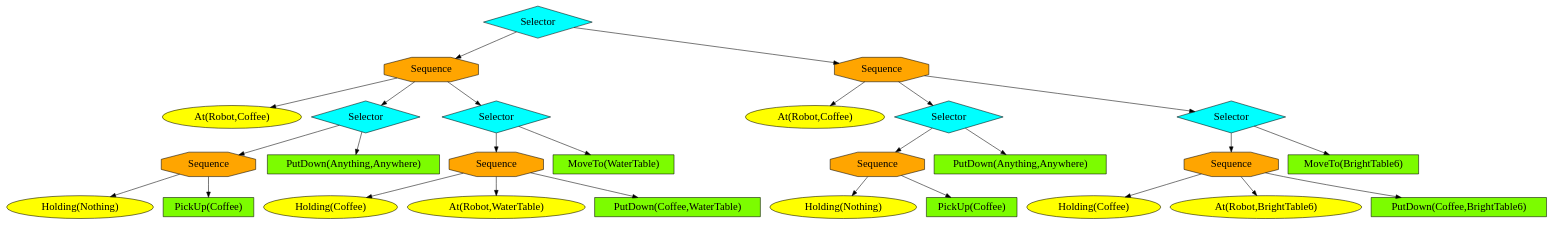
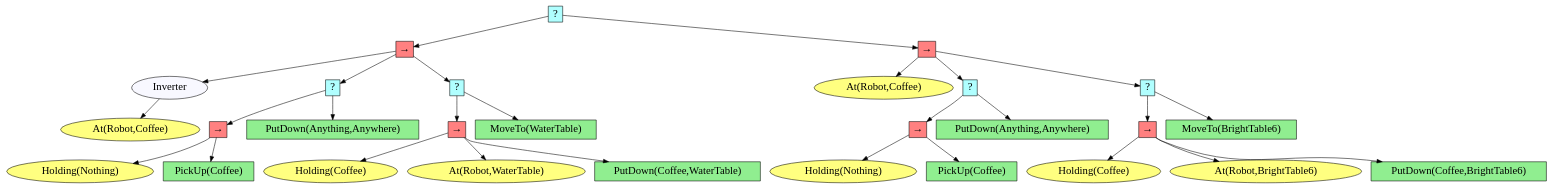
Before and after one commit to HPCL-EI/RoboWaiter: the diagram in robowaiter/utils/draw_bt/test.dot, drawn with Graphviz. The commit also changed 6 other files, not shown here.

```diff
--- a/robowaiter/utils/draw_bt/test.dot
+++ b/robowaiter/utils/draw_bt/test.dot
@@ -1,59 +1,61 @@
 digraph pastafarianism {
 ordering=out;
 graph [fontname="times-roman"];
 node [fontname="times-roman"];
 edge [fontname="times-roman"];
-"c681805a-96e1-4a3d-a38d-0bfca162692b" [fillcolor=cyan, fontcolor=black, fontsize=20, height=0.01, label=Selector, shape=diamond, style=filled, width=0.01];
-"e878636e-ab91-45b3-8d25-1712a9b919ab" [fillcolor=orange, fontcolor=black, fontsize=20, height=0.01, label=Sequence, shape=octagon, style=filled, width=0.01];
-"c681805a-96e1-4a3d-a38d-0bfca162692b" -> "e878636e-ab91-45b3-8d25-1712a9b919ab";
-"e88e510b-5495-4aa1-95cd-f95b3b4e50dc" [fillcolor=yellow, fontcolor=black, fontsize=20, label="At(Robot,Coffee)", shape=ellipse, style=filled];
-"e878636e-ab91-45b3-8d25-1712a9b919ab" -> "e88e510b-5495-4aa1-95cd-f95b3b4e50dc";
-"292edbec-e8dc-44df-a80c-7dd5b6dd6692" [fillcolor=cyan, fontcolor=black, fontsize=20, height=0.01, label=Selector, shape=diamond, style=filled, width=0.01];
-"e878636e-ab91-45b3-8d25-1712a9b919ab" -> "292edbec-e8dc-44df-a80c-7dd5b6dd6692";
-"8d44bfa1-3a4e-4ae7-94bb-25d70caf0b4b" [fillcolor=orange, fontcolor=black, fontsize=20, height=0.01, label=Sequence, shape=octagon, style=filled, width=0.01];
-"292edbec-e8dc-44df-a80c-7dd5b6dd6692" -> "8d44bfa1-3a4e-4ae7-94bb-25d70caf0b4b";
-"65f29fbc-02c3-4015-98bf-e71d16a78cbb" [fillcolor=yellow, fontcolor=black, fontsize=20, label="Holding(Nothing)", shape=ellipse, style=filled];
-"8d44bfa1-3a4e-4ae7-94bb-25d70caf0b4b" -> "65f29fbc-02c3-4015-98bf-e71d16a78cbb";
-"c503211c-ab75-4671-a6ca-2f66518be485" [fillcolor=lawngreen, fontcolor=black, fontsize=20, label="PickUp(Coffee)", shape=box, style=filled];
-"8d44bfa1-3a4e-4ae7-94bb-25d70caf0b4b" -> "c503211c-ab75-4671-a6ca-2f66518be485";
-"27760c0d-aa85-437c-ac87-564d573f6d3d" [fillcolor=lawngreen, fontcolor=black, fontsize=20, label="PutDown(Anything,Anywhere)", shape=box, style=filled];
-"292edbec-e8dc-44df-a80c-7dd5b6dd6692" -> "27760c0d-aa85-437c-ac87-564d573f6d3d";
-"94f578bf-0c4b-4614-aacc-d73ca0996d2c" [fillcolor=cyan, fontcolor=black, fontsize=20, height=0.01, label=Selector, shape=diamond, style=filled, width=0.01];
-"e878636e-ab91-45b3-8d25-1712a9b919ab" -> "94f578bf-0c4b-4614-aacc-d73ca0996d2c";
-"5a162890-11de-41d8-9954-ba17ccf166c4" [fillcolor=orange, fontcolor=black, fontsize=20, height=0.01, label=Sequence, shape=octagon, style=filled, width=0.01];
-"94f578bf-0c4b-4614-aacc-d73ca0996d2c" -> "5a162890-11de-41d8-9954-ba17ccf166c4";
-"296bae80-a542-4fde-87b9-b030340caa1d" [fillcolor=yellow, fontcolor=black, fontsize=20, label="Holding(Coffee)", shape=ellipse, style=filled];
-"5a162890-11de-41d8-9954-ba17ccf166c4" -> "296bae80-a542-4fde-87b9-b030340caa1d";
-"cba60b1e-308f-4f5a-939c-28bba802bca5" [fillcolor=yellow, fontcolor=black, fontsize=20, label="At(Robot,WaterTable)", shape=ellipse, style=filled];
-"5a162890-11de-41d8-9954-ba17ccf166c4" -> "cba60b1e-308f-4f5a-939c-28bba802bca5";
-"93924025-e88f-47ec-90e4-c53bbc3df60e" [fillcolor=lawngreen, fontcolor=black, fontsize=20, label="PutDown(Coffee,WaterTable)", shape=box, style=filled];
-"5a162890-11de-41d8-9954-ba17ccf166c4" -> "93924025-e88f-47ec-90e4-c53bbc3df60e";
-"191ca7d5-a98c-429f-b040-66d210c30bdd" [fillcolor=lawngreen, fontcolor=black, fontsize=20, label="MoveTo(WaterTable)", shape=box, style=filled];
-"94f578bf-0c4b-4614-aacc-d73ca0996d2c" -> "191ca7d5-a98c-429f-b040-66d210c30bdd";
-"5461e129-ef05-4848-9107-2617c82b3566" [fillcolor=orange, fontcolor=black, fontsize=20, height=0.01, label=Sequence, shape=octagon, style=filled, width=0.01];
-"c681805a-96e1-4a3d-a38d-0bfca162692b" -> "5461e129-ef05-4848-9107-2617c82b3566";
-"fd31940a-4e40-433d-8165-c9dd302fae62" [fillcolor=yellow, fontcolor=black, fontsize=20, label="At(Robot,Coffee)", shape=ellipse, style=filled];
-"5461e129-ef05-4848-9107-2617c82b3566" -> "fd31940a-4e40-433d-8165-c9dd302fae62";
-"0a9876b0-1ff9-4f96-b7a8-8257a3928f62" [fillcolor=cyan, fontcolor=black, fontsize=20, height=0.01, label=Selector, shape=diamond, style=filled, width=0.01];
-"5461e129-ef05-4848-9107-2617c82b3566" -> "0a9876b0-1ff9-4f96-b7a8-8257a3928f62";
-"052d5a92-c6b4-483d-9cef-41745df61ff9" [fillcolor=orange, fontcolor=black, fontsize=20, height=0.01, label=Sequence, shape=octagon, style=filled, width=0.01];
-"0a9876b0-1ff9-4f96-b7a8-8257a3928f62" -> "052d5a92-c6b4-483d-9cef-41745df61ff9";
-"c8462c00-d129-4eba-a0b4-ad6a819e34e8" [fillcolor=yellow, fontcolor=black, fontsize=20, label="Holding(Nothing)", shape=ellipse, style=filled];
-"052d5a92-c6b4-483d-9cef-41745df61ff9" -> "c8462c00-d129-4eba-a0b4-ad6a819e34e8";
-"5a944a18-ea71-4cbe-a04e-675d955b1b1f" [fillcolor=lawngreen, fontcolor=black, fontsize=20, label="PickUp(Coffee)", shape=box, style=filled];
-"052d5a92-c6b4-483d-9cef-41745df61ff9" -> "5a944a18-ea71-4cbe-a04e-675d955b1b1f";
-"bfea3ed6-08c4-4fd3-9aa7-994f4be28953" [fillcolor=lawngreen, fontcolor=black, fontsize=20, label="PutDown(Anything,Anywhere)", shape=box, style=filled];
-"0a9876b0-1ff9-4f96-b7a8-8257a3928f62" -> "bfea3ed6-08c4-4fd3-9aa7-994f4be28953";
-"c719600f-4033-418f-8608-5c808481d1aa" [fillcolor=cyan, fontcolor=black, fontsize=20, height=0.01, label=Selector, shape=diamond, style=filled, width=0.01];
-"5461e129-ef05-4848-9107-2617c82b3566" -> "c719600f-4033-418f-8608-5c808481d1aa";
-"c9d1af42-f394-4c52-9e7b-32d46487c708" [fillcolor=orange, fontcolor=black, fontsize=20, height=0.01, label=Sequence, shape=octagon, style=filled, width=0.01];
-"c719600f-4033-418f-8608-5c808481d1aa" -> "c9d1af42-f394-4c52-9e7b-32d46487c708";
-"84ecc165-efa0-4747-8ce9-64bf6ac557a2" [fillcolor=yellow, fontcolor=black, fontsize=20, label="Holding(Coffee)", shape=ellipse, style=filled];
-"c9d1af42-f394-4c52-9e7b-32d46487c708" -> "84ecc165-efa0-4747-8ce9-64bf6ac557a2";
-"8d3d2c3f-1f52-4742-bb03-a02d578134de" [fillcolor=yellow, fontcolor=black, fontsize=20, label="At(Robot,BrightTable6)", shape=ellipse, style=filled];
-"c9d1af42-f394-4c52-9e7b-32d46487c708" -> "8d3d2c3f-1f52-4742-bb03-a02d578134de";
-"b5bcfc9e-f0ad-458b-ba99-19bae2fc6b12" [fillcolor=lawngreen, fontcolor=black, fontsize=20, label="PutDown(Coffee,BrightTable6)", shape=box, style=filled];
-"c9d1af42-f394-4c52-9e7b-32d46487c708" -> "b5bcfc9e-f0ad-458b-ba99-19bae2fc6b12";
-"5685125a-34f9-40cd-be0c-b7674970c01b" [fillcolor=lawngreen, fontcolor=black, fontsize=20, label="MoveTo(BrightTable6)", shape=box, style=filled];
-"c719600f-4033-418f-8608-5c808481d1aa" -> "5685125a-34f9-40cd-be0c-b7674970c01b";
+"3966e37f-61fa-4266-b3a2-b5719d0eaa54" [fillcolor="#B0FFFF", fontcolor=black, fontsize=20, height=0.01, label="?", shape=box, style=filled, width=0.01];
+"2670a901-5db5-4886-a69c-57f55807a77b" [fillcolor="#FF8080", fontcolor=black, fontsize=20, height=0.01, label="&rarr;", shape=box, style=filled, width=0.01];
+"3966e37f-61fa-4266-b3a2-b5719d0eaa54" -> "2670a901-5db5-4886-a69c-57f55807a77b";
+"b8e77d71-eee6-46b1-bf56-ba4bc655b1d3" [fillcolor=ghostwhite, fontcolor=black, fontsize=20, label=Inverter, shape=ellipse, style=filled];
+"2670a901-5db5-4886-a69c-57f55807a77b" -> "b8e77d71-eee6-46b1-bf56-ba4bc655b1d3";
+"c98609a2-cfb4-4456-9563-0153cdaf77f1" [fillcolor="#FFFF80", fontcolor=black, fontsize=20, label="At(Robot,Coffee)", shape=ellipse, style=filled];
+"b8e77d71-eee6-46b1-bf56-ba4bc655b1d3" -> "c98609a2-cfb4-4456-9563-0153cdaf77f1";
+"ecfbef2b-c1e5-4ba4-a734-b1eaecb78128" [fillcolor="#B0FFFF", fontcolor=black, fontsize=20, height=0.01, label="?", shape=box, style=filled, width=0.01];
+"2670a901-5db5-4886-a69c-57f55807a77b" -> "ecfbef2b-c1e5-4ba4-a734-b1eaecb78128";
+"5ea6af3b-4ed9-4c31-9893-6599911c89bc" [fillcolor="#FF8080", fontcolor=black, fontsize=20, height=0.01, label="&rarr;", shape=box, style=filled, width=0.01];
+"ecfbef2b-c1e5-4ba4-a734-b1eaecb78128" -> "5ea6af3b-4ed9-4c31-9893-6599911c89bc";
+"55c2a21d-6684-4273-8231-5fa834dd2c32" [fillcolor="#FFFF80", fontcolor=black, fontsize=20, label="Holding(Nothing)", shape=ellipse, style=filled];
+"5ea6af3b-4ed9-4c31-9893-6599911c89bc" -> "55c2a21d-6684-4273-8231-5fa834dd2c32";
+"f95979e2-7328-44e4-9eaa-a4d7e8351751" [fillcolor=lightgreen, fontcolor=black, fontsize=20, label="PickUp(Coffee)", shape=box, style=filled];
+"5ea6af3b-4ed9-4c31-9893-6599911c89bc" -> "f95979e2-7328-44e4-9eaa-a4d7e8351751";
+"b49cc444-b073-4f14-b709-70be469292d2" [fillcolor=lightgreen, fontcolor=black, fontsize=20, label="PutDown(Anything,Anywhere)", shape=box, style=filled];
+"ecfbef2b-c1e5-4ba4-a734-b1eaecb78128" -> "b49cc444-b073-4f14-b709-70be469292d2";
+"09f2f623-a9ed-4637-9a03-e3eba9e1368d" [fillcolor="#B0FFFF", fontcolor=black, fontsize=20, height=0.01, label="?", shape=box, style=filled, width=0.01];
+"2670a901-5db5-4886-a69c-57f55807a77b" -> "09f2f623-a9ed-4637-9a03-e3eba9e1368d";
+"b9ebf069-8434-403e-a6f7-4641fe9ef0c0" [fillcolor="#FF8080", fontcolor=black, fontsize=20, height=0.01, label="&rarr;", shape=box, style=filled, width=0.01];
+"09f2f623-a9ed-4637-9a03-e3eba9e1368d" -> "b9ebf069-8434-403e-a6f7-4641fe9ef0c0";
+"49275b8a-b220-4222-a76f-20c273db7137" [fillcolor="#FFFF80", fontcolor=black, fontsize=20, label="Holding(Coffee)", shape=ellipse, style=filled];
+"b9ebf069-8434-403e-a6f7-4641fe9ef0c0" -> "49275b8a-b220-4222-a76f-20c273db7137";
+"0672b275-28ef-4275-9a0e-f1d35deb9de8" [fillcolor="#FFFF80", fontcolor=black, fontsize=20, label="At(Robot,WaterTable)", shape=ellipse, style=filled];
+"b9ebf069-8434-403e-a6f7-4641fe9ef0c0" -> "0672b275-28ef-4275-9a0e-f1d35deb9de8";
+"ce0b68ed-9606-4d17-8ef9-0f2f60b778c8" [fillcolor=lightgreen, fontcolor=black, fontsize=20, label="PutDown(Coffee,WaterTable)", shape=box, style=filled];
+"b9ebf069-8434-403e-a6f7-4641fe9ef0c0" -> "ce0b68ed-9606-4d17-8ef9-0f2f60b778c8";
+"05155dc9-7a6a-4129-b869-7ed4254a82e2" [fillcolor=lightgreen, fontcolor=black, fontsize=20, label="MoveTo(WaterTable)", shape=box, style=filled];
+"09f2f623-a9ed-4637-9a03-e3eba9e1368d" -> "05155dc9-7a6a-4129-b869-7ed4254a82e2";
+"ea7271b8-6f06-4b73-a495-bd19b149b6c2" [fillcolor="#FF8080", fontcolor=black, fontsize=20, height=0.01, label="&rarr;", shape=box, style=filled, width=0.01];
+"3966e37f-61fa-4266-b3a2-b5719d0eaa54" -> "ea7271b8-6f06-4b73-a495-bd19b149b6c2";
+"7301fc34-e40d-472c-bc73-7e5c6b7d39c6" [fillcolor="#FFFF80", fontcolor=black, fontsize=20, label="At(Robot,Coffee)", shape=ellipse, style=filled];
+"ea7271b8-6f06-4b73-a495-bd19b149b6c2" -> "7301fc34-e40d-472c-bc73-7e5c6b7d39c6";
+"ad3774e1-4c5c-4120-901b-8208a465a2d4" [fillcolor="#B0FFFF", fontcolor=black, fontsize=20, height=0.01, label="?", shape=box, style=filled, width=0.01];
+"ea7271b8-6f06-4b73-a495-bd19b149b6c2" -> "ad3774e1-4c5c-4120-901b-8208a465a2d4";
+"98f9d98b-1647-4cfc-8715-65f7a6bf37de" [fillcolor="#FF8080", fontcolor=black, fontsize=20, height=0.01, label="&rarr;", shape=box, style=filled, width=0.01];
+"ad3774e1-4c5c-4120-901b-8208a465a2d4" -> "98f9d98b-1647-4cfc-8715-65f7a6bf37de";
+"07528c29-c1a1-4e7e-97b4-beebafe55e6f" [fillcolor="#FFFF80", fontcolor=black, fontsize=20, label="Holding(Nothing)", shape=ellipse, style=filled];
+"98f9d98b-1647-4cfc-8715-65f7a6bf37de" -> "07528c29-c1a1-4e7e-97b4-beebafe55e6f";
+"af81f991-d3c8-4560-bf5b-ea7d0755c0d2" [fillcolor=lightgreen, fontcolor=black, fontsize=20, label="PickUp(Coffee)", shape=box, style=filled];
+"98f9d98b-1647-4cfc-8715-65f7a6bf37de" -> "af81f991-d3c8-4560-bf5b-ea7d0755c0d2";
+"97577672-eeb2-4921-bb7b-e232a3dcd886" [fillcolor=lightgreen, fontcolor=black, fontsize=20, label="PutDown(Anything,Anywhere)", shape=box, style=filled];
+"ad3774e1-4c5c-4120-901b-8208a465a2d4" -> "97577672-eeb2-4921-bb7b-e232a3dcd886";
+"6382c654-de14-45ca-a1b4-a5767d0120c3" [fillcolor="#B0FFFF", fontcolor=black, fontsize=20, height=0.01, label="?", shape=box, style=filled, width=0.01];
+"ea7271b8-6f06-4b73-a495-bd19b149b6c2" -> "6382c654-de14-45ca-a1b4-a5767d0120c3";
+"7870a21a-2410-414c-b408-bc3b39c28f1e" [fillcolor="#FF8080", fontcolor=black, fontsize=20, height=0.01, label="&rarr;", shape=box, style=filled, width=0.01];
+"6382c654-de14-45ca-a1b4-a5767d0120c3" -> "7870a21a-2410-414c-b408-bc3b39c28f1e";
+"05e4706c-93e8-4361-8acb-87af236afeeb" [fillcolor="#FFFF80", fontcolor=black, fontsize=20, label="Holding(Coffee)", shape=ellipse, style=filled];
+"7870a21a-2410-414c-b408-bc3b39c28f1e" -> "05e4706c-93e8-4361-8acb-87af236afeeb";
+"938a274e-cf4d-45ed-a821-2497c3f72a64" [fillcolor="#FFFF80", fontcolor=black, fontsize=20, label="At(Robot,BrightTable6)", shape=ellipse, style=filled];
+"7870a21a-2410-414c-b408-bc3b39c28f1e" -> "938a274e-cf4d-45ed-a821-2497c3f72a64";
+"c0c19eae-dc22-4038-83d7-45304bba30ee" [fillcolor=lightgreen, fontcolor=black, fontsize=20, label="PutDown(Coffee,BrightTable6)", shape=box, style=filled];
+"7870a21a-2410-414c-b408-bc3b39c28f1e" -> "c0c19eae-dc22-4038-83d7-45304bba30ee";
+"594058dd-ed6d-468e-b493-f1076d6f811e" [fillcolor=lightgreen, fontcolor=black, fontsize=20, label="MoveTo(BrightTable6)", shape=box, style=filled];
+"6382c654-de14-45ca-a1b4-a5767d0120c3" -> "594058dd-ed6d-468e-b493-f1076d6f811e";
 }
```
